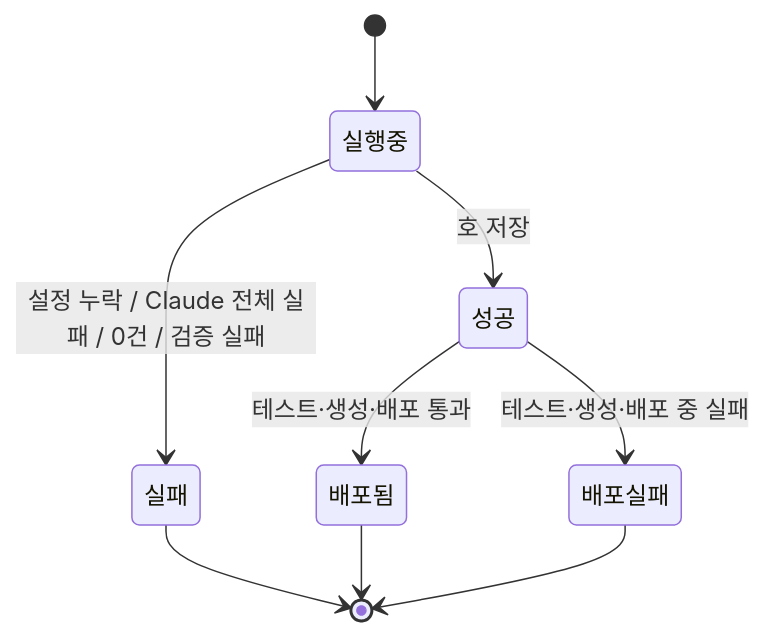
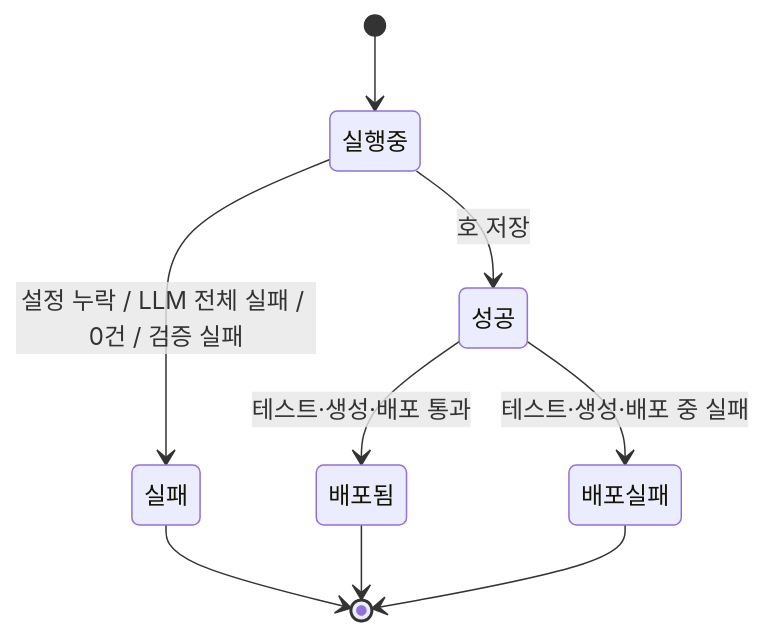
One commit to naneunimjee/2026-vibe-coding-adv changed the seventh of 7 diagrams in waterfall/03-상세설계/상세설계서.md. Above: the diagram before and after it, drawn with Mermaid. The commit also changed other lines of this file and 7 other files, not shown here.

````diff
--- a/waterfall/03-상세설계/상세설계서.md
+++ b/waterfall/03-상세설계/상세설계서.md
@@ -336,11 +337,11 @@
 ```mermaid
 stateDiagram-v2
     [*] --> 실행중
-    실행중 --> 실패 : 설정 누락 / Claude 전체 실패 / 0건 / 검증 실패
+    실행중 --> 실패 : 설정 누락 / LLM 전체 실패 / 0건 / 검증 실패
     실행중 --> 성공 : 호 저장
     성공 --> 배포됨 : 테스트·생성·배포 통과
     성공 --> 배포실패 : 테스트·생성·배포 중 실패
     실패 --> [*]
     배포됨 --> [*]
     배포실패 --> [*]
 ```
````
